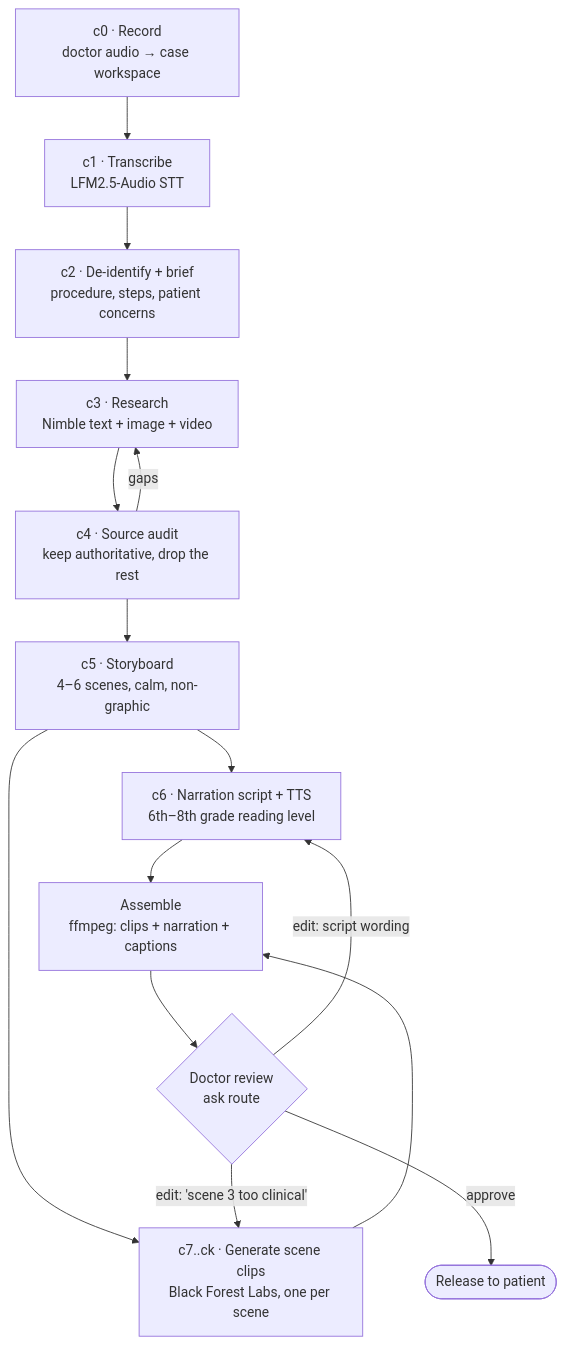
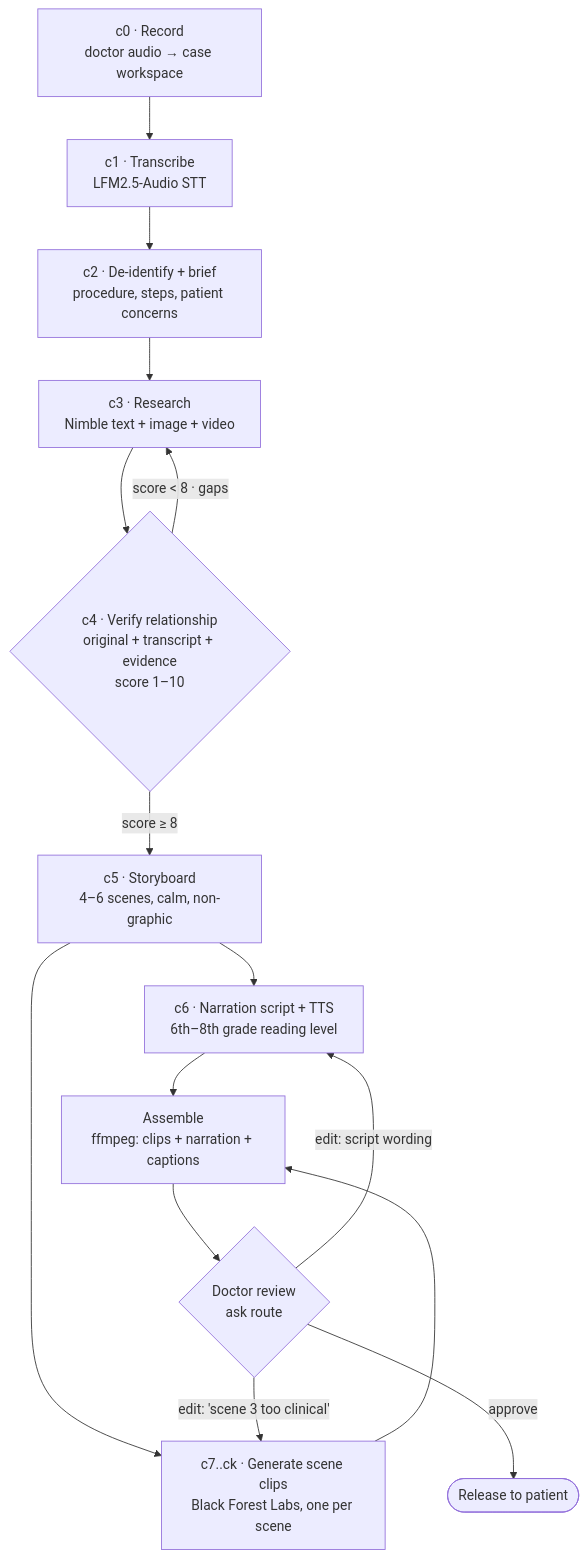
One commit to Deeraj-G/attend changed the second of 6 diagrams in docs/adr/0003-procedure-explainer-video-agent.md. Above: the diagram before and after it, drawn with Mermaid. The commit also changed other lines of this file and 10 other files, not shown here.

````diff
--- a/docs/adr/0003-procedure-explainer-video-agent.md
+++ b/docs/adr/0003-procedure-explainer-video-agent.md
@@ -102,17 +106,17 @@
 ```mermaid
 flowchart TD
     S0["c0 · Record<br/>doctor audio → case workspace"] --> S1["c1 · Transcribe<br/>LFM2.5-Audio STT"]
     S1 --> S2["c2 · De-identify + brief<br/>procedure, steps, patient concerns"]
     S2 --> S3["c3 · Research<br/>Nimble text + image + video"]
-    S3 --> S4["c4 · Source audit<br/>keep authoritative, drop the rest"]
-    S4 -->|gaps| S3
-    S4 --> S5["c5 · Storyboard<br/>4–6 scenes, calm, non-graphic"]
+    S3 --> S4{"c4 · Verify relationship<br/>original + transcript + evidence<br/>score 1–10"}
+    S4 -->|"score < 8 · gaps"| S3
+    S4 -->|"score ≥ 8"| S5["c5 · Storyboard<br/>4–6 scenes, calm, non-graphic"]
     S5 --> S6["c6 · Narration script + TTS<br/>6th–8th grade reading level"]
     S5 --> S7["c7..ck · Generate scene clips<br/>Black Forest Labs, one per scene"]
     S6 --> S8["Assemble<br/>ffmpeg: clips + narration + captions"]
     S7 --> S8
     S8 --> S9{"Doctor review<br/>ask route"}
     S9 -->|"edit: 'scene 3 too clinical'"| S7
     S9 -->|"edit: script wording"| S6
     S9 -->|approve| Done([Release to patient])
 ```
````
